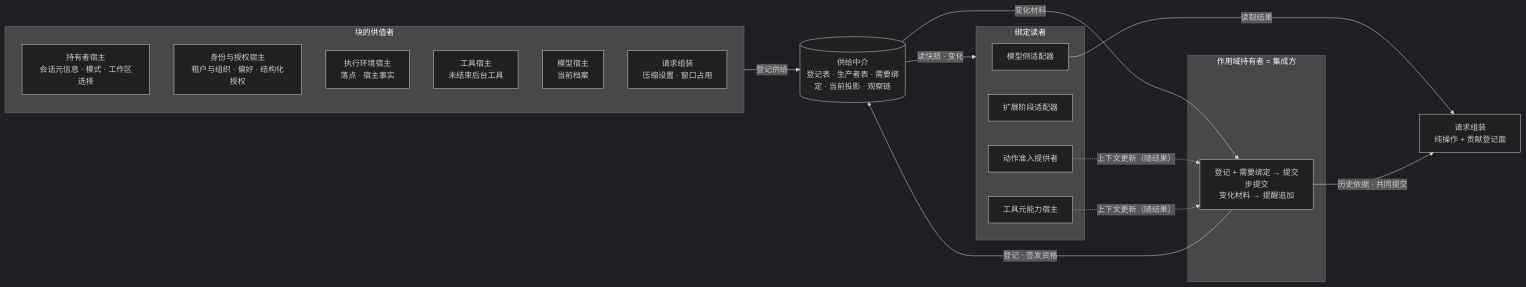
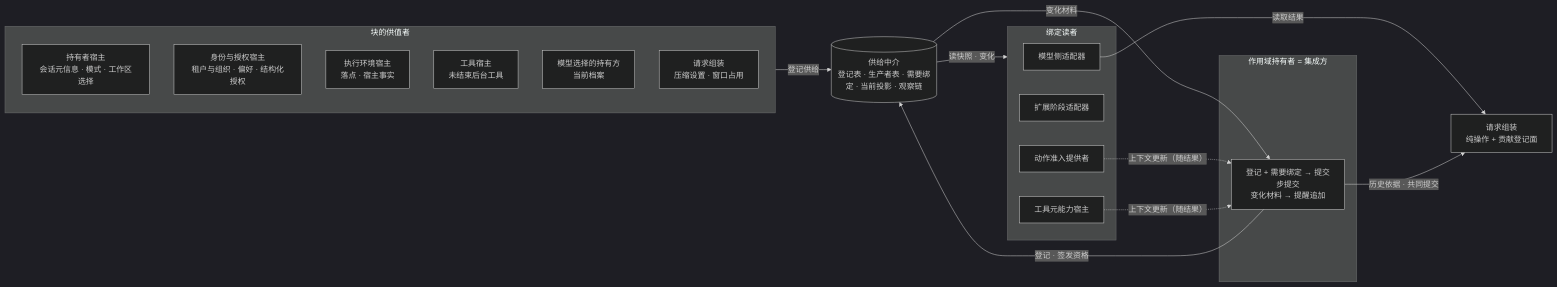
The diagram in docs/domains/runtime-context/architecture.md (nemori-ai/omne-harness-lite), drawn with Mermaid (dark theme) before and after one commit. The commit also changed other lines of this file and 71 other files, not shown here.

````diff
--- a/docs/domains/runtime-context/architecture.md
+++ b/docs/domains/runtime-context/architecture.md
@@ -7,30 +7,30 @@
 ```mermaid
 flowchart LR
   subgraph producers[块的供值者]
     SP[持有者宿主<br/>会话元信息 · 模式 · 工作区选择]
     IP[身份与授权宿主<br/>租户与组织 · 偏好 · 结构化授权]
     EP[执行环境宿主<br/>落点 · 宿主事实]
     TP[工具宿主<br/>未结束后台工具]
-    MP[模型宿主<br/>当前档案]
+    MP[模型选择的持有方<br/>当前档案]
     RP[请求组装<br/>压缩设置 · 窗口占用]
   end
   RC[(供给中介<br/>登记表 · 生产者表 · 需要绑定 · 当前投影 · 观察链)]
   subgraph holder[作用域持有者 = 集成方]
     S[登记 + 需要绑定 → 提交<br/>步提交<br/>变化材料 → 提醒追加]
   end
   subgraph readers[绑定读者]
     AM[模型侧适配器]
     AE[扩展阶段适配器]
     AD[动作准入提供者]
     TH[工具元能力宿主]
   end
   RQ[请求组装<br/>纯操作 + 贡献登记面]
   producers -->|登记供给| RC
   S -->|登记 · 签发资格| RC
   RC -->|变化材料| S
   RC -->|读快照 · 变化| readers
   AD -.->|上下文更新（随结果）| S
   TH -.->|上下文更新（随结果）| S
   AM -->|读取结果| RQ
   S -->|历史依据 · 共同提交| RQ
 ```
````
